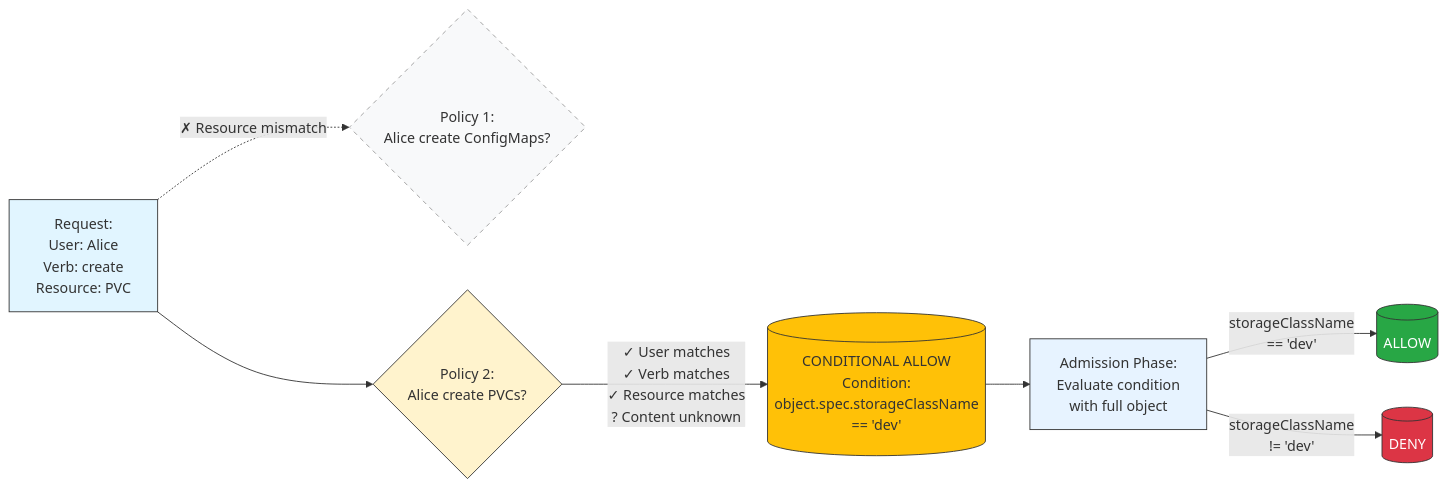
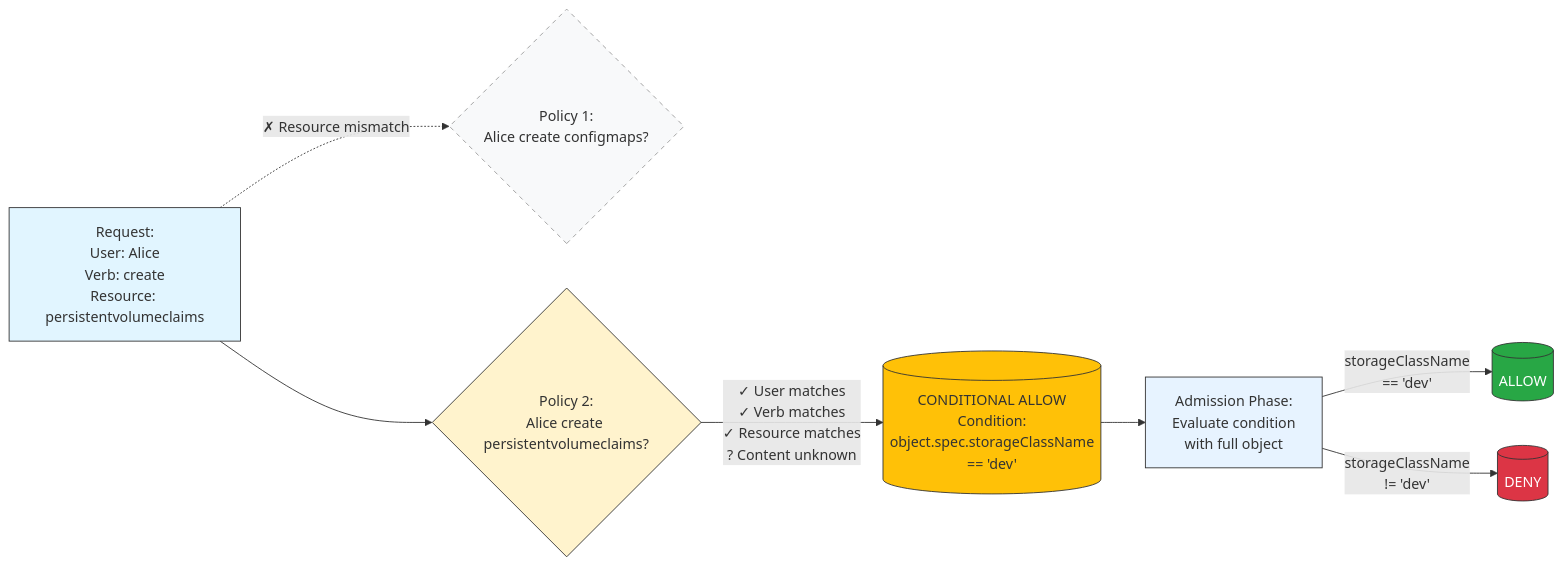
Before and after one commit to kubernetes/website: the second of 6 diagrams in content/en/docs/reference/access-authn-authz/authorization.md, drawn with Mermaid. The commit also changed other lines of this file and 1 other file, not shown here.

````diff
--- a/content/en/docs/reference/access-authn-authz/authorization.md
+++ b/content/en/docs/reference/access-authn-authz/authorization.md
@@ -520,29 +521,29 @@
 ```mermaid
 graph LR
-    Request["Request:<br/>User: Alice<br/>Verb: create<br/>Resource: PVC"]
+    Request["Request:<br/>User: Alice<br/>Verb: create<br/>Resource: persistentvolumeclaims"]
 
-    Policy1{"Policy 1:<br/>Alice create ConfigMaps?"}
-    Policy2{"Policy 2:<br/>Alice create PVCs?"}
+    Policy1{"Policy 1:<br/>Alice create configmaps?"}
+    Policy2{"Policy 2:<br/>Alice create persistentvolumeclaims?"}
 
     Conditional[("CONDITIONAL ALLOW<br/>Condition:<br/>object.spec.storageClassName<br/>== 'dev'")]
 
     Admission["Admission Phase:<br/>Evaluate condition<br/>with full object"]
 
     AllowResult[("ALLOW")]
     DenyResult[("DENY")]
 
     Request -.->|"✗ Resource mismatch"| Policy1
     Request --> Policy2
     Policy2 -->|"✓ User matches<br/>✓ Verb matches<br/>✓ Resource matches<br/>? Content unknown"| Conditional
     Conditional --> Admission
     Admission -->|"storageClassName<br/>== 'dev'"| AllowResult
     Admission -->|"storageClassName<br/>!= 'dev'"| DenyResult
 
     style Request fill:#e1f5ff,stroke:#333
     style Policy1 fill:#f8f9fa,stroke:#999,stroke-dasharray: 5 5
     style Policy2 fill:#fff3cd,stroke:#333
     style Conditional fill:#ffc107,stroke:#333
     style Admission fill:#e7f3ff,stroke:#333
     style AllowResult fill:#28a745,stroke:#333,color:#fff
     style DenyResult fill:#dc3545,stroke:#333,color:#fff
 ```
````
